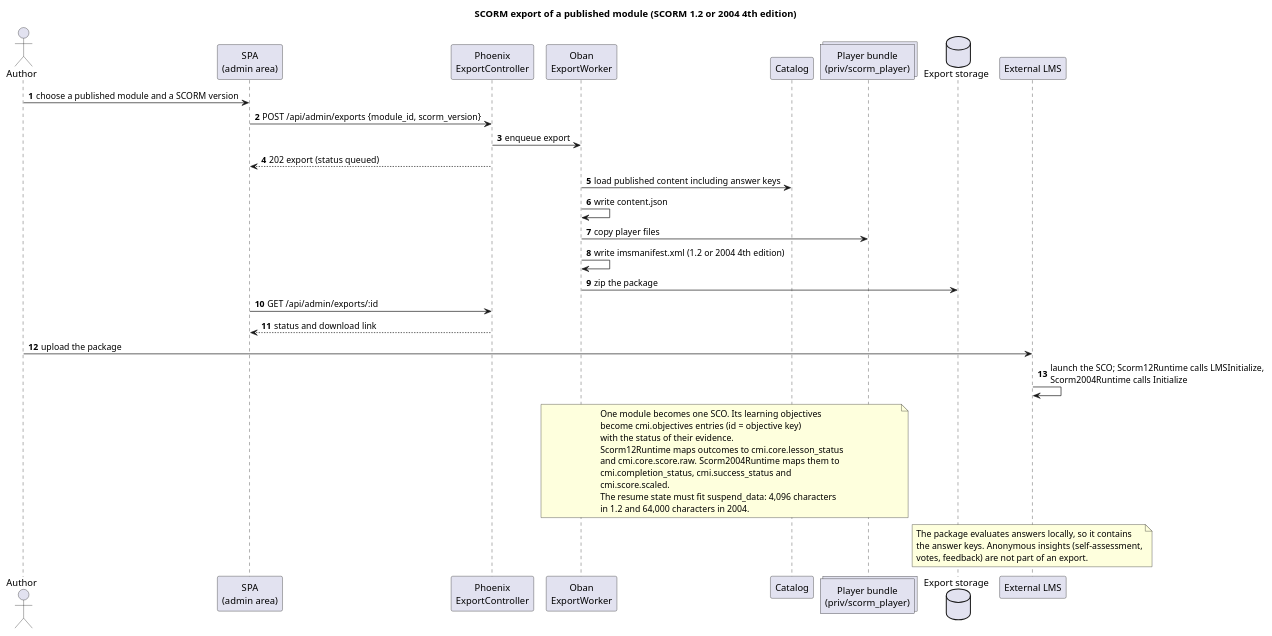
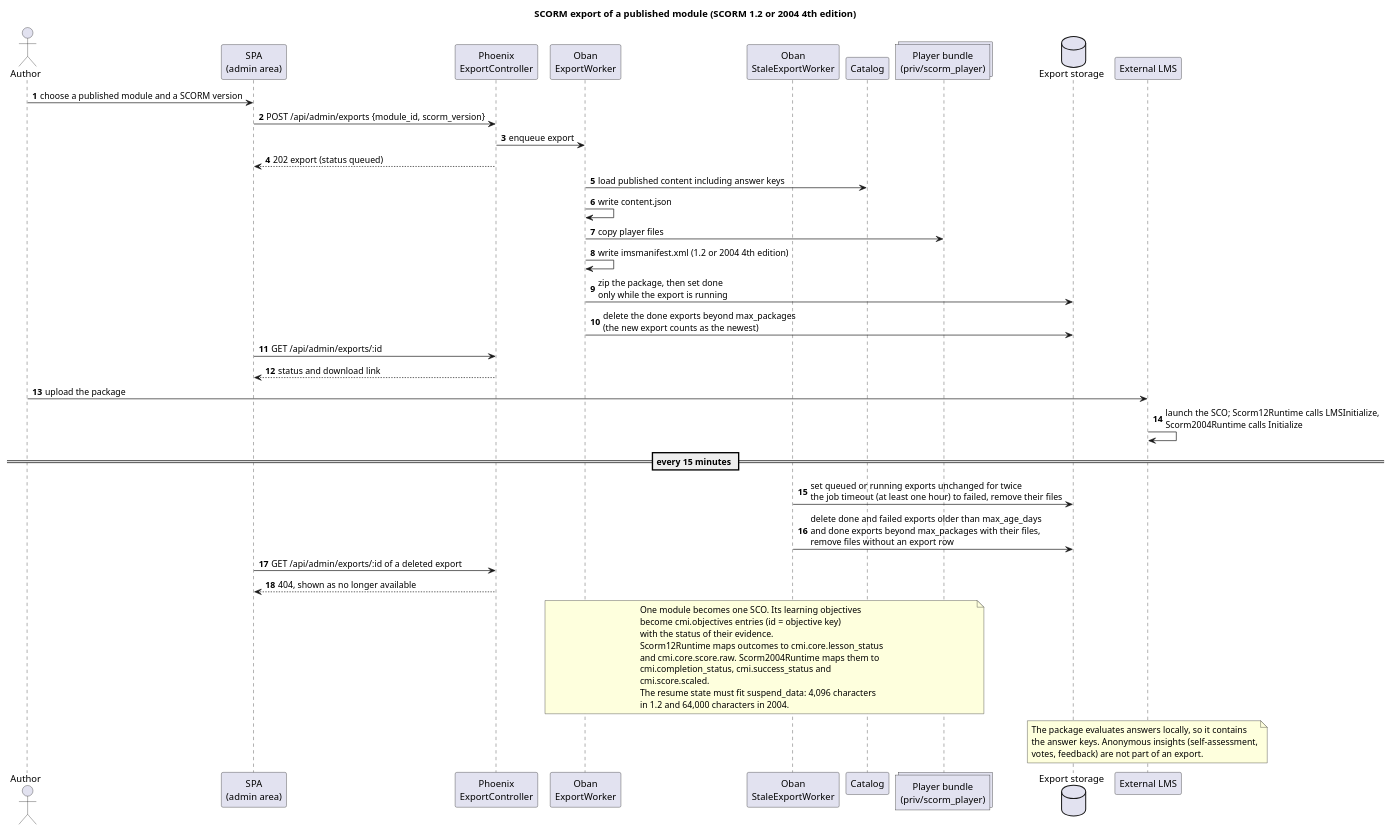
Before and after one commit to HelrenPDM/espalier: the diagram in docs/architecture/scorm-export.puml, drawn with PlantUML. The commit also changed 19 other files, not shown here.

First line of the commit message:
Bound the export storage and end the sweep race (task 0016)

```diff
--- a/docs/architecture/scorm-export.puml
+++ b/docs/architecture/scorm-export.puml
@@ -1,46 +1,54 @@
 @startuml scorm-export
 title SCORM export of a published module (SCORM 1.2 or 2004 4th edition)
 autonumber
 skinparam shadowing false
 
 actor Author
 participant "SPA\n(admin area)" as SPA
 participant "Phoenix\nExportController" as Api
 participant "Oban\nExportWorker" as Job
+participant "Oban\nStaleExportWorker" as Sweep
 participant "Catalog" as Cat
 collections "Player bundle\n(priv/scorm_player)" as Bundle
 database "Export storage" as Store
 participant "External LMS" as LMS
 
 Author -> SPA : choose a published module and a SCORM version
 SPA -> Api : POST /api/admin/exports {module_id, scorm_version}
 Api -> Job : enqueue export
 Api --> SPA : 202 export (status queued)
 Job -> Cat : load published content including answer keys
 Job -> Job : write content.json
 Job -> Bundle : copy player files
 Job -> Job : write imsmanifest.xml (1.2 or 2004 4th edition)
-Job -> Store : zip the package
+Job -> Store : zip the package, then set done\nonly while the export is running
+Job -> Store : delete the done exports beyond max_packages\n(the new export counts as the newest)
 SPA -> Api : GET /api/admin/exports/:id
 Api --> SPA : status and download link
 Author -> LMS : upload the package
 LMS -> LMS : launch the SCO; Scorm12Runtime calls LMSInitialize,\nScorm2004Runtime calls Initialize
+
+== every 15 minutes ==
+Sweep -> Store : set queued or running exports unchanged for twice\nthe job timeout (at least one hour) to failed, remove their files
+Sweep -> Store : delete done and failed exports older than max_age_days\nand done exports beyond max_packages with their files,\nremove files without an export row
+SPA -> Api : GET /api/admin/exports/:id of a deleted export
+Api --> SPA : 404, shown as no longer available
 
 note over Job, Bundle
   One module becomes one SCO. Its learning objectives
   become cmi.objectives entries (id = objective key)
   with the status of their evidence.
   Scorm12Runtime maps outcomes to cmi.core.lesson_status
   and cmi.core.score.raw. Scorm2004Runtime maps them to
   cmi.completion_status, cmi.success_status and
   cmi.score.scaled.
   The resume state must fit suspend_data: 4,096 characters
   in 1.2 and 64,000 characters in 2004.
 end note
 
 note over LMS
   The package evaluates answers locally, so it contains
   the answer keys. Anonymous insights (self-assessment,
   votes, feedback) are not part of an export.
 end note
 @enduml
```
